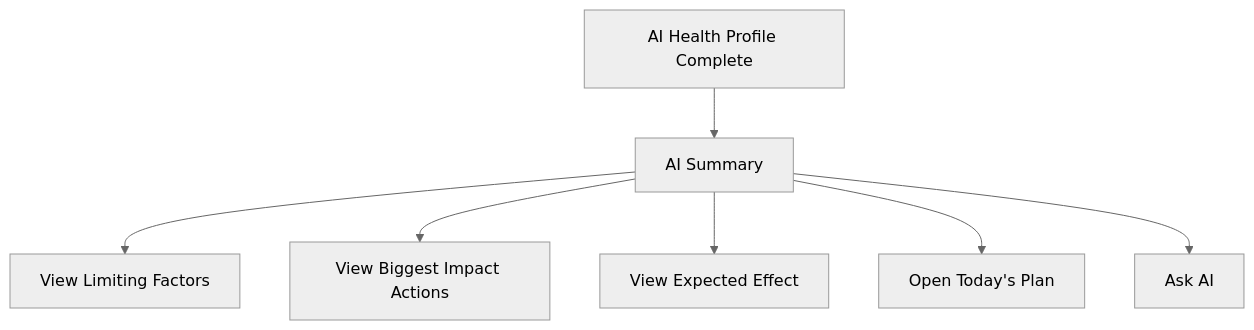
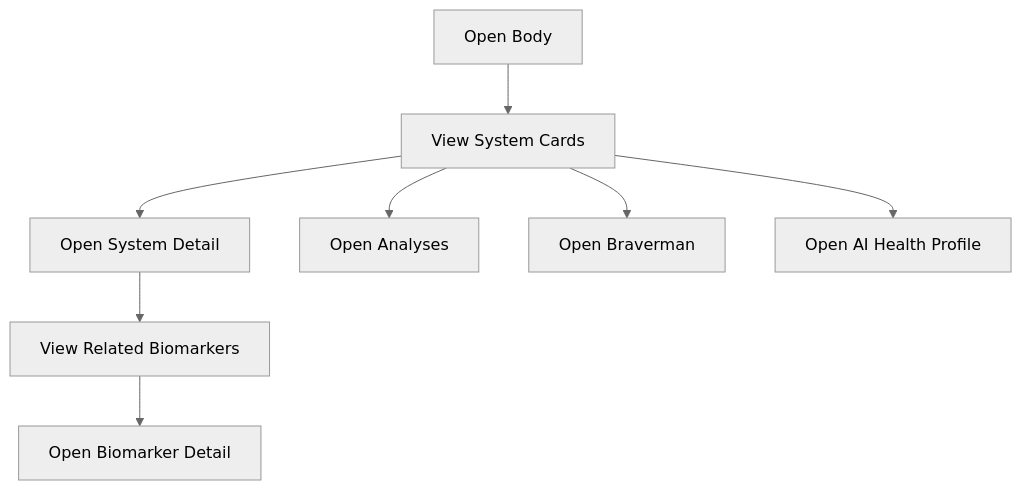
Diagram 13 of 20 in docs/USER_FLOW.md (Yaroslavkukin/HealthCoach), drawn with Mermaid (neutral theme) before and after one commit. The commit also changed other lines of this file and 20 other files, not shown here.

````diff
--- a/docs/USER_FLOW.md
+++ b/docs/USER_FLOW.md
@@ -753,9 +417,10 @@
 ```mermaid
 flowchart TD
-    A[AI Health Profile Complete] --> B[AI Summary]
-    B --> C[View Limiting Factors]
-    B --> D[View Biggest Impact Actions]
-    B --> E[View Expected Effect]
-    B --> F[Open Today's Plan]
-    B --> G[Ask AI]
+    A[Open Body] --> B[View System Cards]
+    B --> C[Open System Detail]
+    C --> D[View Related Biomarkers]
+    D --> E[Open Biomarker Detail]
+    B --> F[Open Analyses]
+    B --> G[Open Braverman]
+    B --> H[Open AI Health Profile]
 ```
````
